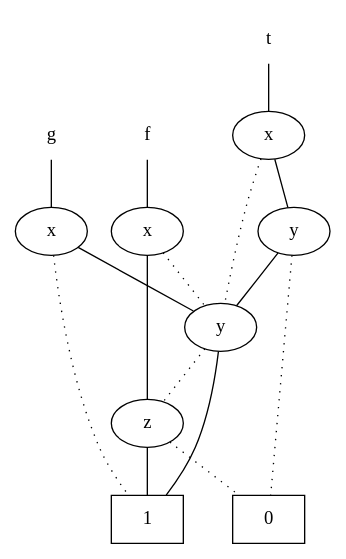
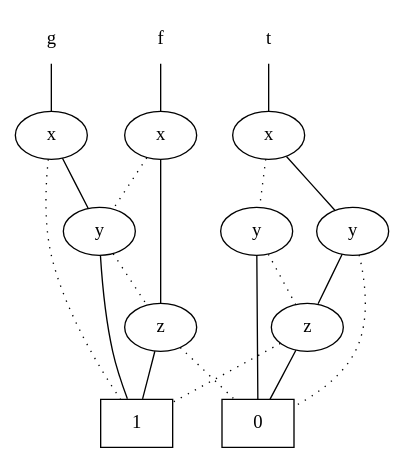
Before and after one commit to sventhijssen/SBDD: the diagram in SBDD/exportWithRes.dot, drawn with Graphviz. The commit also changed 2 other files, not shown here.

```diff
--- a/SBDD/exportWithRes.dot
+++ b/SBDD/exportWithRes.dot
@@ -1,28 +1,34 @@
 graph sbdd { 
 f[shape="plaintext"];
 f -- 4;
 g[shape="plaintext"];
 g -- 5;
 t[shape="plaintext"];
-t -- 7;
+t -- 9;
 1[shape="box"];
 0[shape="box"];
 2[label="z"];
 3[label="y"];
 4[label="x"];
 5[label="x"];
-6[label="y"];
-7[label="x"];
+6[label="z"];
+7[label="y"];
+8[label="y"];
+9[label="x"];
 2 -- 0 [style="dotted"];
 2 -- 1;
 3 -- 2 [style="dotted"];
 3 -- 1;
 4 -- 3 [style="dotted"];
 4 -- 2;
 5 -- 1 [style="dotted"];
 5 -- 3;
-6 -- 0 [style="dotted"];
-6 -- 3;
-7 -- 3 [style="dotted"];
+6 -- 1 [style="dotted"];
+6 -- 0;
+7 -- 0 [style="dotted"];
 7 -- 6;
+8 -- 6 [style="dotted"];
+8 -- 0;
+9 -- 8 [style="dotted"];
+9 -- 7;
  }
```
